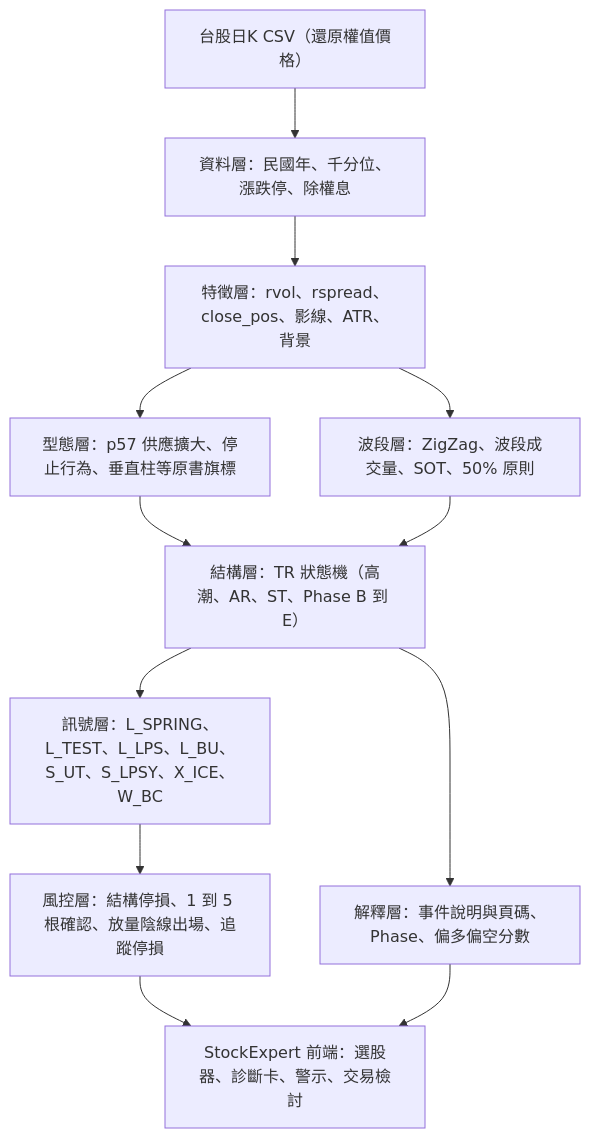
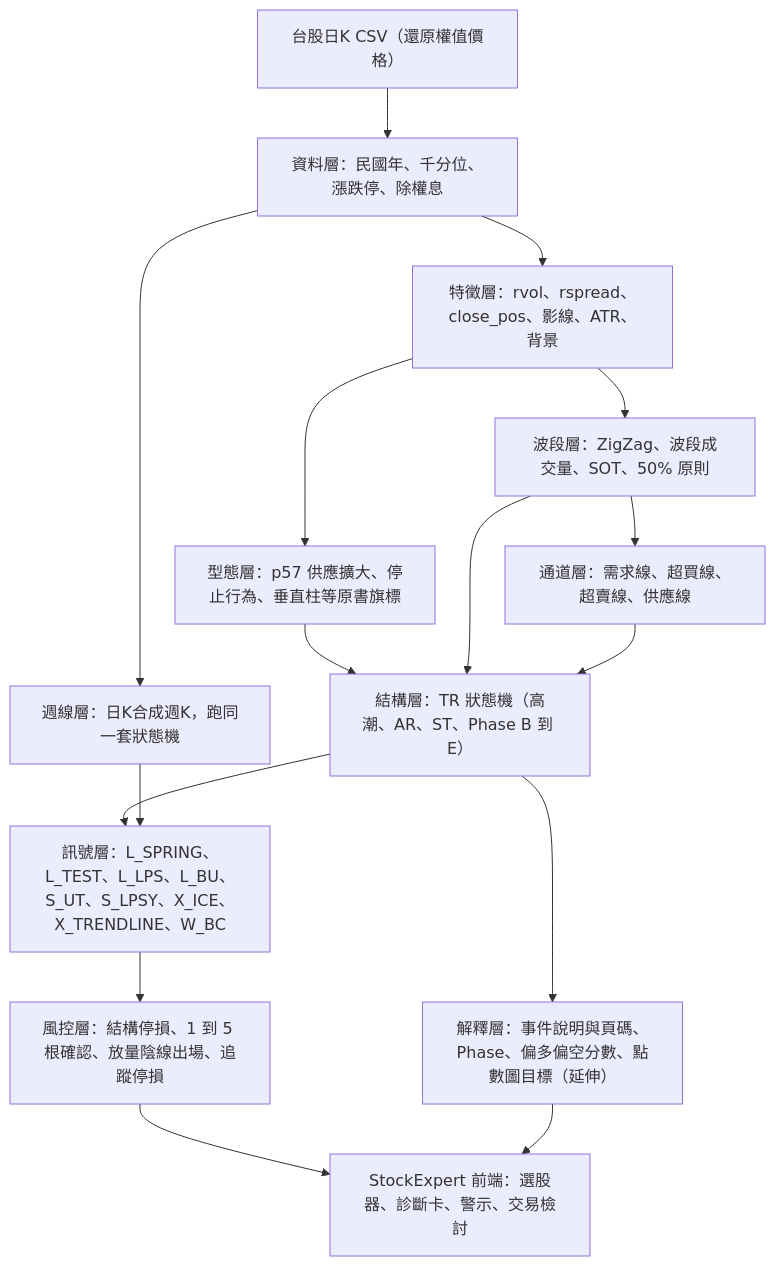
The first of 2 diagrams in 威科夫操盤法_完整知識整理.md (corp800202/StockChoiceSkills), drawn with Mermaid before and after one commit. The commit also changed other lines of this file and 3 other files, not shown here.

First line of the commit message:
v1.1：新增通道線、週線背景、參數穩健性與點數圖目標（延伸）

````diff
--- a/威科夫操盤法_完整知識整理.md
+++ b/威科夫操盤法_完整知識整理.md
@@ -768,14 +775,18 @@
 ```mermaid
 flowchart TD
     A["台股日K CSV（還原權值價格）"] --> B["資料層：民國年、千分位、漲跌停、除權息"]
     B --> C["特徵層：rvol、rspread、close_pos、影線、ATR、背景"]
+    B --> W["週線層：日K合成週K，跑同一套狀態機"]
     C --> D["型態層：p57 供應擴大、停止行為、垂直柱等原書旗標"]
     C --> E["波段層：ZigZag、波段成交量、SOT、50% 原則"]
+    E --> K["通道層：需求線、超買線、超賣線、供應線"]
     D --> F["結構層：TR 狀態機（高潮、AR、ST、Phase B 到 E）"]
     E --> F
-    F --> G["訊號層：L_SPRING、L_TEST、L_LPS、L_BU、S_UT、S_LPSY、X_ICE、W_BC"]
+    K --> F
+    F --> G["訊號層：L_SPRING、L_TEST、L_LPS、L_BU、S_UT、S_LPSY、X_ICE、X_TRENDLINE、W_BC"]
+    W --> G
     G --> H["風控層：結構停損、1 到 5 根確認、放量陰線出場、追蹤停損"]
-    F --> I["解釋層：事件說明與頁碼、Phase、偏多偏空分數"]
+    F --> I["解釋層：事件說明與頁碼、Phase、偏多偏空分數、點數圖目標（延伸）"]
     H --> J["StockExpert 前端：選股器、診斷卡、警示、交易檢討"]
     I --> J
 ```
````
